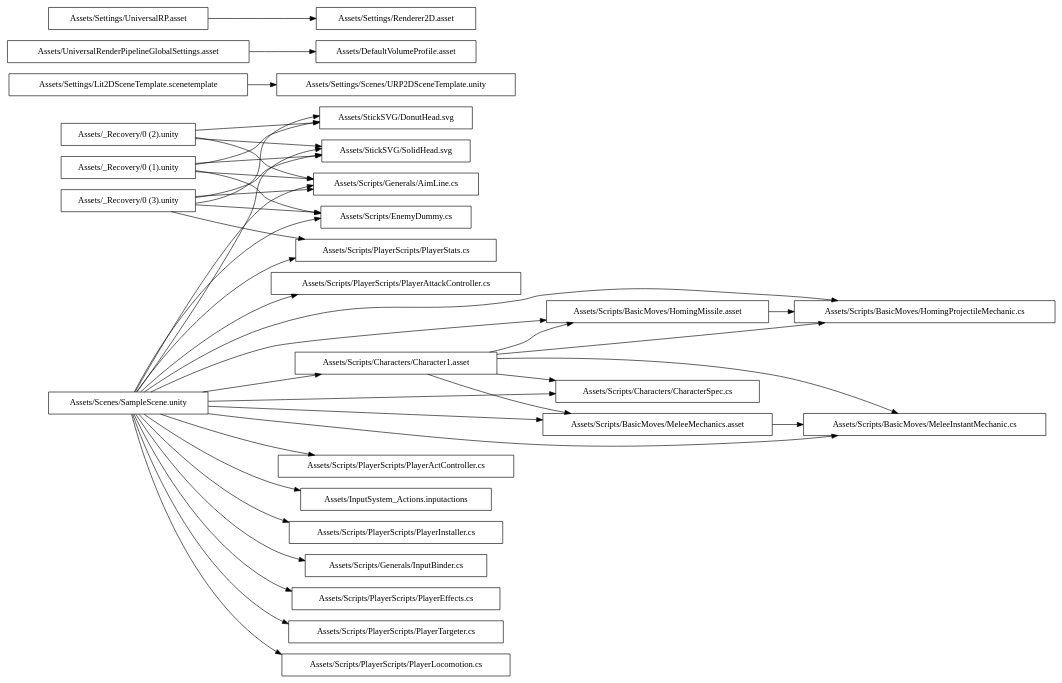
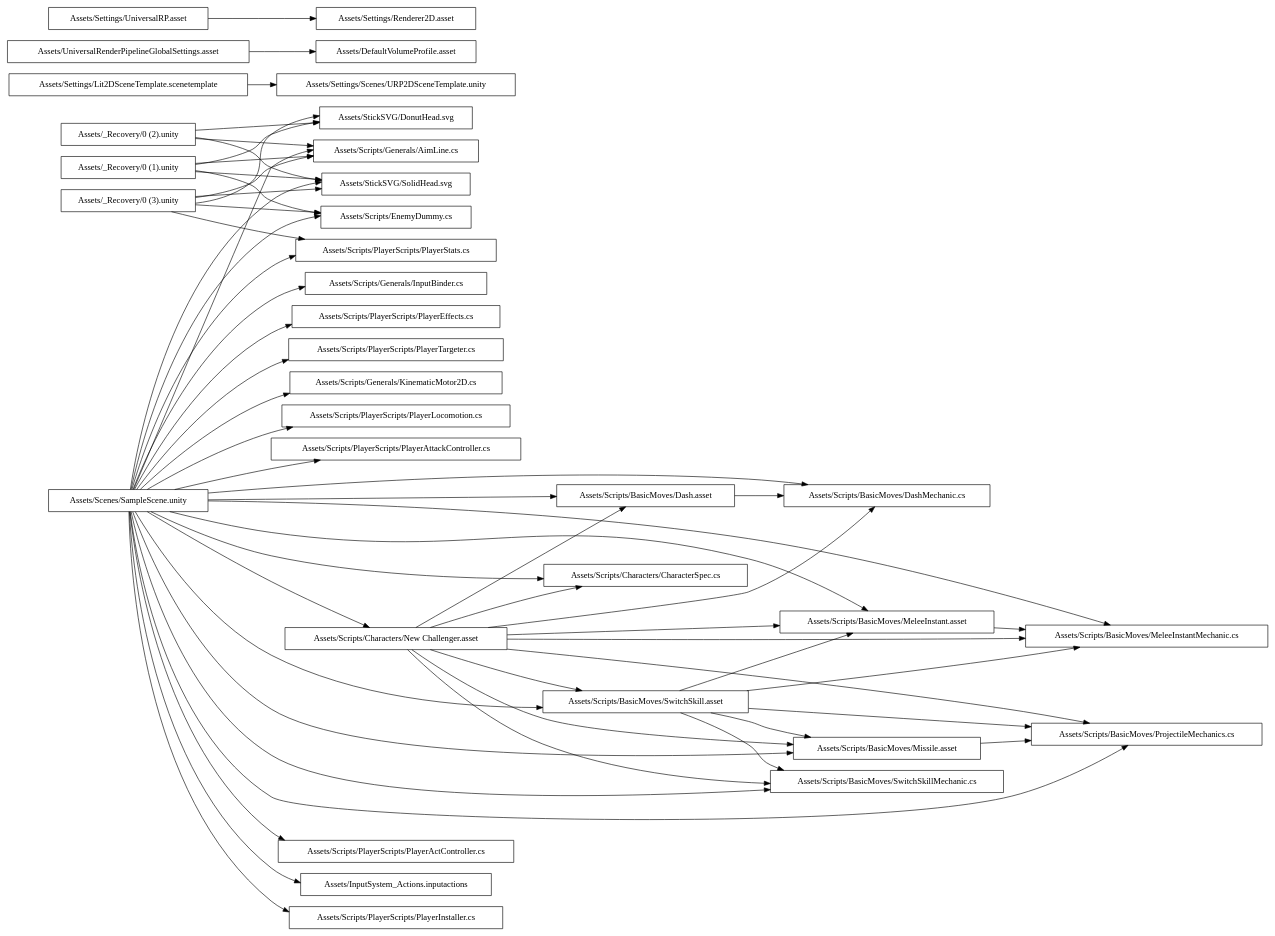
One commit to BladeHailSylas/WebGane changed the diagram in Assets/DependencyGraph.dot. Above: the diagram before and after it, drawn with Graphviz. The commit also changed 9 other files, not shown here.

```diff
--- a/Assets/DependencyGraph.dot
+++ b/Assets/DependencyGraph.dot
@@ -1,42 +1,57 @@
 digraph G { rankdir=LR; node [shape=box];
 "Assets/_Recovery/0 (1).unity" -> "Assets/Scripts/EnemyDummy.cs";
 "Assets/_Recovery/0 (1).unity" -> "Assets/Scripts/Generals/AimLine.cs";
 "Assets/_Recovery/0 (1).unity" -> "Assets/StickSVG/DonutHead.svg";
 "Assets/_Recovery/0 (1).unity" -> "Assets/StickSVG/SolidHead.svg";
 "Assets/Settings/Lit2DSceneTemplate.scenetemplate" -> "Assets/Settings/Scenes/URP2DSceneTemplate.unity";
 "Assets/UniversalRenderPipelineGlobalSettings.asset" -> "Assets/DefaultVolumeProfile.asset";
+"Assets/Scripts/Characters/New Challenger.asset" -> "Assets/Scripts/BasicMoves/SwitchSkill.asset";
+"Assets/Scripts/Characters/New Challenger.asset" -> "Assets/Scripts/Characters/CharacterSpec.cs";
+"Assets/Scripts/Characters/New Challenger.asset" -> "Assets/Scripts/BasicMoves/MeleeInstantMechanic.cs";
+"Assets/Scripts/Characters/New Challenger.asset" -> "Assets/Scripts/BasicMoves/Missile.asset";
+"Assets/Scripts/Characters/New Challenger.asset" -> "Assets/Scripts/BasicMoves/DashMechanic.cs";
+"Assets/Scripts/Characters/New Challenger.asset" -> "Assets/Scripts/BasicMoves/ProjectileMechanics.cs";
+"Assets/Scripts/Characters/New Challenger.asset" -> "Assets/Scripts/BasicMoves/Dash.asset";
+"Assets/Scripts/Characters/New Challenger.asset" -> "Assets/Scripts/BasicMoves/SwitchSkillMechanic.cs";
+"Assets/Scripts/Characters/New Challenger.asset" -> "Assets/Scripts/BasicMoves/MeleeInstant.asset";
 "Assets/_Recovery/0 (2).unity" -> "Assets/Scripts/Generals/AimLine.cs";
 "Assets/_Recovery/0 (2).unity" -> "Assets/StickSVG/DonutHead.svg";
 "Assets/_Recovery/0 (2).unity" -> "Assets/StickSVG/SolidHead.svg";
 "Assets/Settings/UniversalRP.asset" -> "Assets/Settings/Renderer2D.asset";
+"Assets/Scripts/BasicMoves/Dash.asset" -> "Assets/Scripts/BasicMoves/DashMechanic.cs";
+"Assets/Scenes/SampleScene.unity" -> "Assets/Scripts/Characters/New Challenger.asset";
+"Assets/Scenes/SampleScene.unity" -> "Assets/Scripts/BasicMoves/SwitchSkill.asset";
 "Assets/Scenes/SampleScene.unity" -> "Assets/Scripts/PlayerScripts/PlayerStats.cs";
 "Assets/Scenes/SampleScene.unity" -> "Assets/Scripts/EnemyDummy.cs";
 "Assets/Scenes/SampleScene.unity" -> "Assets/Scripts/Characters/CharacterSpec.cs";
 "Assets/Scenes/SampleScene.unity" -> "Assets/Scripts/Generals/AimLine.cs";
 "Assets/Scenes/SampleScene.unity" -> "Assets/Scripts/PlayerScripts/PlayerActController.cs";
-"Assets/Scenes/SampleScene.unity" -> "Assets/Scripts/BasicMoves/HomingMissile.asset";
+"Assets/Scenes/SampleScene.unity" -> "Assets/Scripts/BasicMoves/Missile.asset";
+"Assets/Scenes/SampleScene.unity" -> "Assets/Scripts/BasicMoves/DashMechanic.cs";
+"Assets/Scenes/SampleScene.unity" -> "Assets/InputSystem_Actions.inputactions";
 "Assets/Scenes/SampleScene.unity" -> "Assets/Scripts/BasicMoves/MeleeInstantMechanic.cs";
-"Assets/Scenes/SampleScene.unity" -> "Assets/InputSystem_Actions.inputactions";
-"Assets/Scenes/SampleScene.unity" -> "Assets/Scripts/BasicMoves/HomingProjectileMechanic.cs";
-"Assets/Scenes/SampleScene.unity" -> "Assets/Scripts/Characters/Character1.asset";
+"Assets/Scenes/SampleScene.unity" -> "Assets/Scripts/BasicMoves/ProjectileMechanics.cs";
+"Assets/Scenes/SampleScene.unity" -> "Assets/Scripts/BasicMoves/Dash.asset";
 "Assets/Scenes/SampleScene.unity" -> "Assets/Scripts/PlayerScripts/PlayerInstaller.cs";
+"Assets/Scenes/SampleScene.unity" -> "Assets/Scripts/BasicMoves/SwitchSkillMechanic.cs";
 "Assets/Scenes/SampleScene.unity" -> "Assets/Scripts/Generals/InputBinder.cs";
-"Assets/Scenes/SampleScene.unity" -> "Assets/Scripts/BasicMoves/MeleeMechanics.asset";
+"Assets/Scenes/SampleScene.unity" -> "Assets/Scripts/BasicMoves/MeleeInstant.asset";
 "Assets/Scenes/SampleScene.unity" -> "Assets/Scripts/PlayerScripts/PlayerEffects.cs";
 "Assets/Scenes/SampleScene.unity" -> "Assets/Scripts/PlayerScripts/PlayerTargeter.cs";
 "Assets/Scenes/SampleScene.unity" -> "Assets/StickSVG/SolidHead.svg";
+"Assets/Scenes/SampleScene.unity" -> "Assets/Scripts/Generals/KinematicMotor2D.cs";
 "Assets/Scenes/SampleScene.unity" -> "Assets/Scripts/PlayerScripts/PlayerLocomotion.cs";
 "Assets/Scenes/SampleScene.unity" -> "Assets/Scripts/PlayerScripts/PlayerAttackController.cs";
 "Assets/_Recovery/0 (3).unity" -> "Assets/Scripts/PlayerScripts/PlayerStats.cs";
 "Assets/_Recovery/0 (3).unity" -> "Assets/Scripts/EnemyDummy.cs";
 "Assets/_Recovery/0 (3).unity" -> "Assets/Scripts/Generals/AimLine.cs";
 "Assets/_Recovery/0 (3).unity" -> "Assets/StickSVG/DonutHead.svg";
 "Assets/_Recovery/0 (3).unity" -> "Assets/StickSVG/SolidHead.svg";
-"Assets/Scripts/BasicMoves/MeleeMechanics.asset" -> "Assets/Scripts/BasicMoves/MeleeInstantMechanic.cs";
-"Assets/Scripts/Characters/Character1.asset" -> "Assets/Scripts/Characters/CharacterSpec.cs";
-"Assets/Scripts/Characters/Character1.asset" -> "Assets/Scripts/BasicMoves/MeleeInstantMechanic.cs";
-"Assets/Scripts/Characters/Character1.asset" -> "Assets/Scripts/BasicMoves/HomingMissile.asset";
-"Assets/Scripts/Characters/Character1.asset" -> "Assets/Scripts/BasicMoves/HomingProjectileMechanic.cs";
-"Assets/Scripts/Characters/Character1.asset" -> "Assets/Scripts/BasicMoves/MeleeMechanics.asset";
-"Assets/Scripts/BasicMoves/HomingMissile.asset" -> "Assets/Scripts/BasicMoves/HomingProjectileMechanic.cs";
+"Assets/Scripts/BasicMoves/MeleeInstant.asset" -> "Assets/Scripts/BasicMoves/MeleeInstantMechanic.cs";
+"Assets/Scripts/BasicMoves/SwitchSkill.asset" -> "Assets/Scripts/BasicMoves/MeleeInstantMechanic.cs";
+"Assets/Scripts/BasicMoves/SwitchSkill.asset" -> "Assets/Scripts/BasicMoves/Missile.asset";
+"Assets/Scripts/BasicMoves/SwitchSkill.asset" -> "Assets/Scripts/BasicMoves/ProjectileMechanics.cs";
+"Assets/Scripts/BasicMoves/SwitchSkill.asset" -> "Assets/Scripts/BasicMoves/SwitchSkillMechanic.cs";
+"Assets/Scripts/BasicMoves/SwitchSkill.asset" -> "Assets/Scripts/BasicMoves/MeleeInstant.asset";
+"Assets/Scripts/BasicMoves/Missile.asset" -> "Assets/Scripts/BasicMoves/ProjectileMechanics.cs";
 }
```
